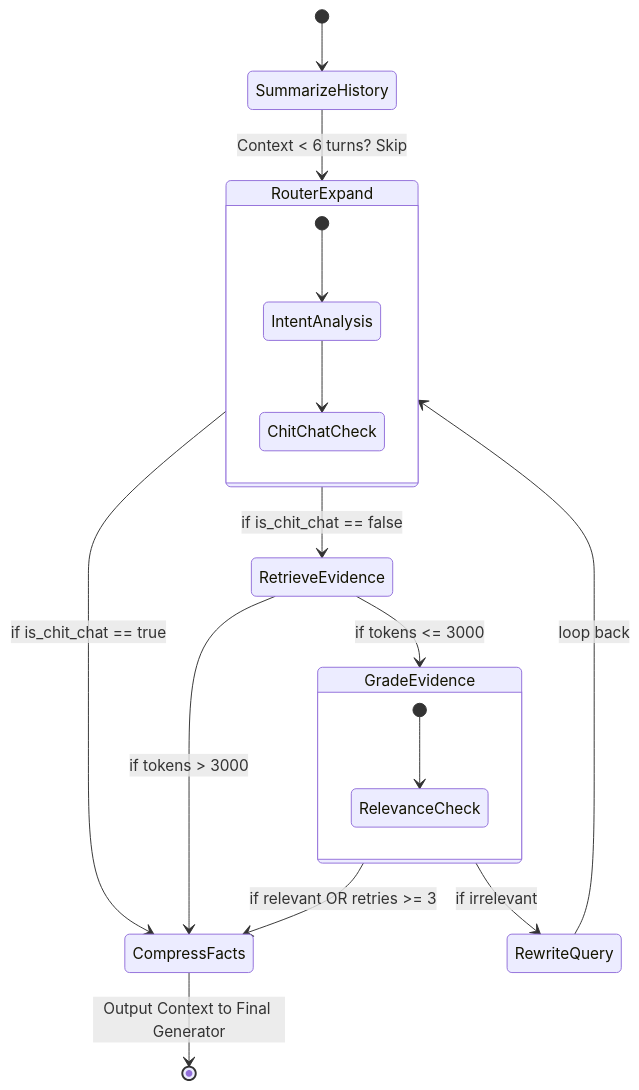
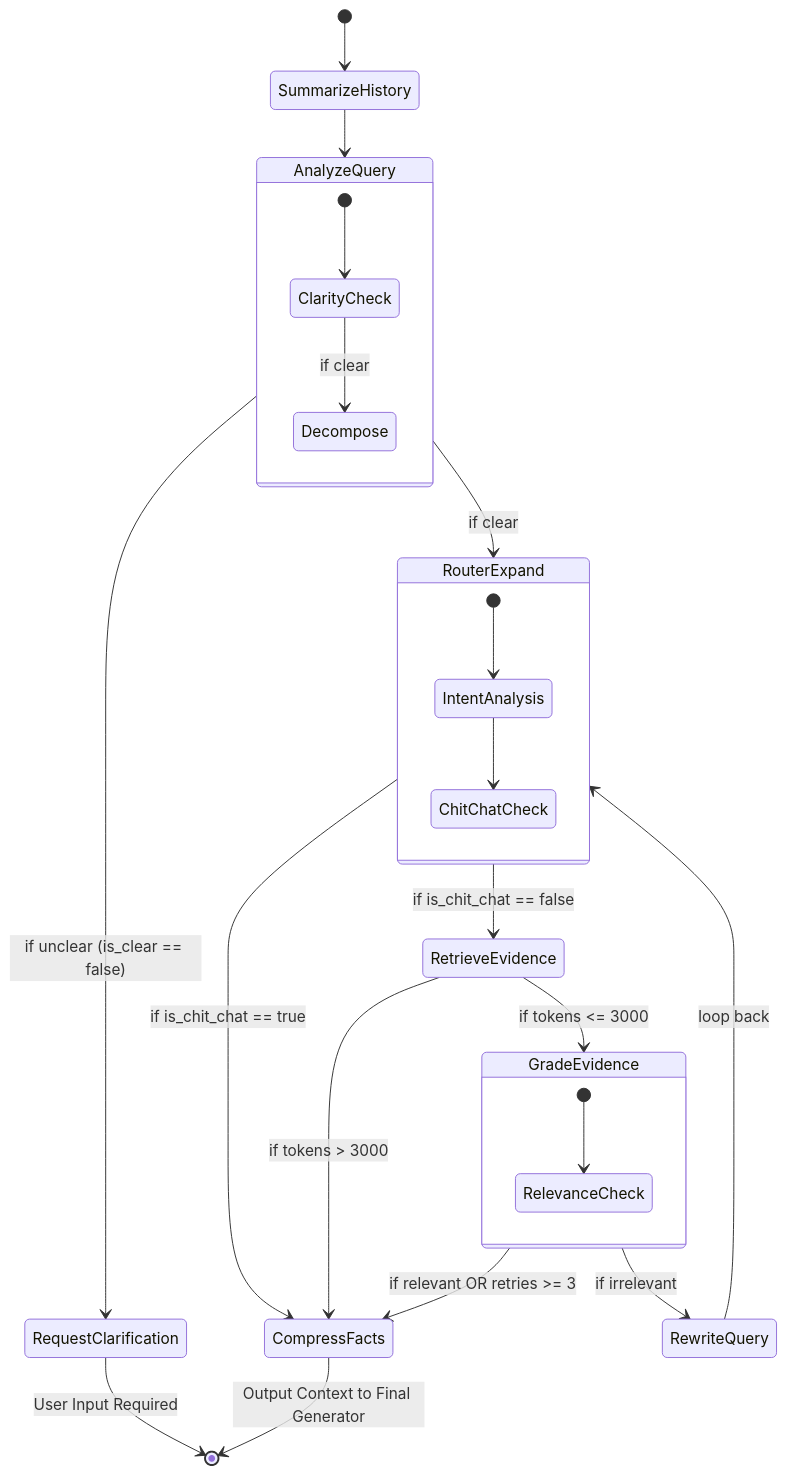
Before and after one commit to DragonL57/vmg_chatbot: the second of 2 diagrams in docs/ARCHITECTURE.md, drawn with Mermaid. The commit also changed other lines of this file and 90 other files, not shown here.

First line of the commit message:
Refactor: Clean Architecture 4.1.0 & Agentic Hardening

````diff
--- a/docs/ARCHITECTURE.md
+++ b/docs/ARCHITECTURE.md
@@ -54,27 +50,37 @@
 ```mermaid
 stateDiagram-v2
     [*] --> SummarizeHistory
-    SummarizeHistory --> RouterExpand : Context < 6 turns? Skip
+    SummarizeHistory --> AnalyzeQuery
+    
+    state AnalyzeQuery {
+        [*] --> ClarityCheck
+        ClarityCheck --> Decompose : if clear
+    }
+    
+    AnalyzeQuery --> RequestClarification : if unclear (is_clear == false)
+    RequestClarification --> [*] : User Input Required
+    
+    AnalyzeQuery --> RouterExpand : if clear
     
     state RouterExpand {
         [*] --> IntentAnalysis
         IntentAnalysis --> ChitChatCheck
     }
     
     RouterExpand --> CompressFacts : if is_chit_chat == true
     RouterExpand --> RetrieveEvidence : if is_chit_chat == false
     
     RetrieveEvidence --> GradeEvidence : if tokens <= 3000
     RetrieveEvidence --> CompressFacts : if tokens > 3000
     
     state GradeEvidence {
         [*] --> RelevanceCheck
     }
     
     GradeEvidence --> CompressFacts : if relevant OR retries >= 3
     GradeEvidence --> RewriteQuery : if irrelevant
     
     RewriteQuery --> RouterExpand : loop back
     
     CompressFacts --> [*] : Output Context to Final Generator
 ```
````
